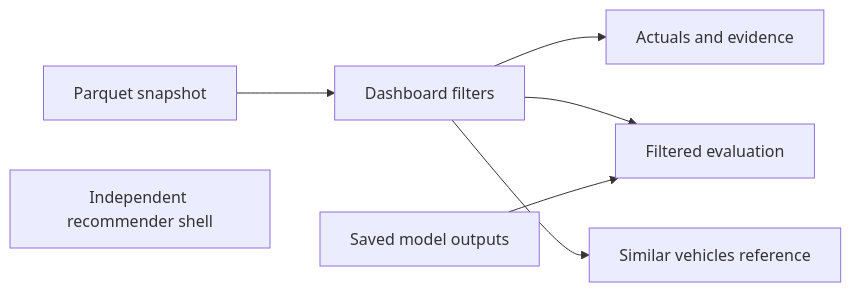
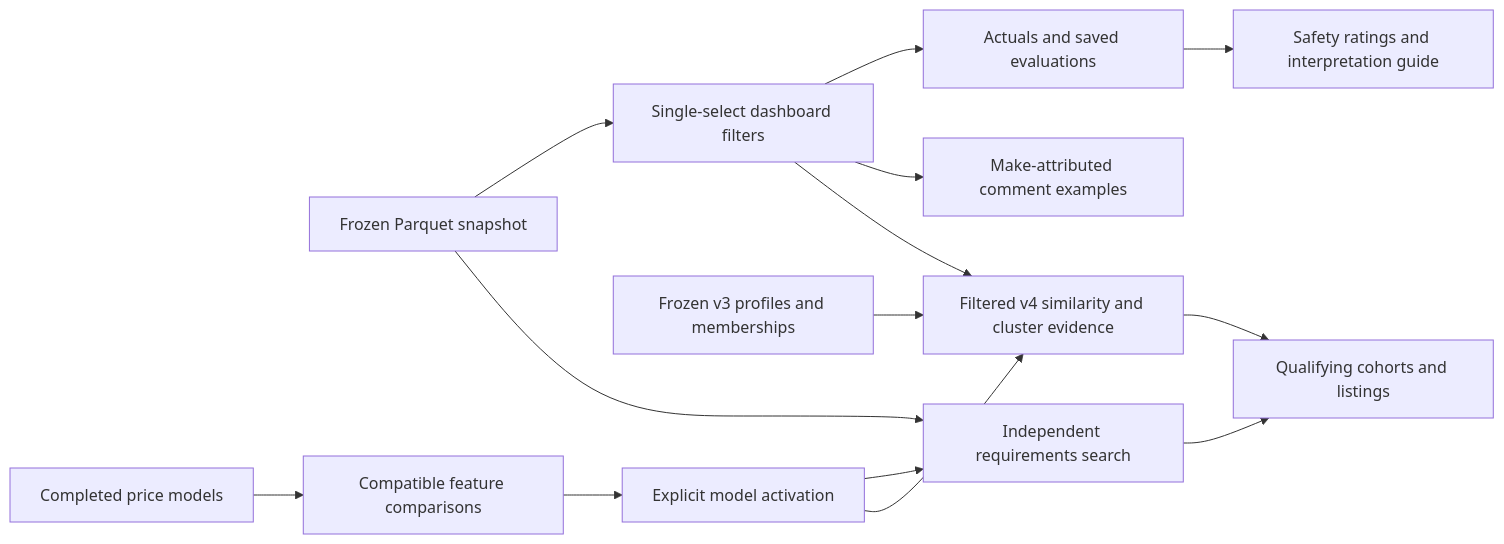
Before and after one commit to danielrdgez/DataScience_Capstone_Cars: the ninth of 11 diagrams in README.md, drawn with Mermaid. The commit also changed other lines of this file and 57 other files, not shown here.

Commit message:
Add vehicle profiling and similarity workflows and expand price diagnostics

````diff
--- a/README.md
+++ b/README.md
@@ -189,15 +625,16 @@
 ```mermaid
 flowchart LR
-  P["Parquet snapshot"]
-  F["Dashboard filters"]
-  D["Actuals and evidence"]
-  M["Saved model outputs"]
-  E["Filtered evaluation"]
-  S["Similar vehicles reference"]
-  R["Independent recommender shell"]
-  P --> F
-  F --> D
-  F --> E
-  M --> E
-  F --> S
+  P["Frozen Parquet snapshot"] --> F["Single-select dashboard filters"]
+  F --> D["Actuals and saved evaluations"]
+  D --> G["Safety ratings and interpretation guide"]
+  F --> Y["Make-attributed comment examples"]
+  F --> S["Filtered v4 similarity and cluster evidence"]
+  V["Frozen v3 profiles and memberships"] --> S
+  P --> R["Independent requirements search"]
+  M["Completed price models"] --> C["Compatible feature comparisons"]
+  C --> A["Explicit model activation"]
+  A --> R
+  A --> S
+  R --> O["Qualifying cohorts and listings"]
+  S --> O
 ```
````
